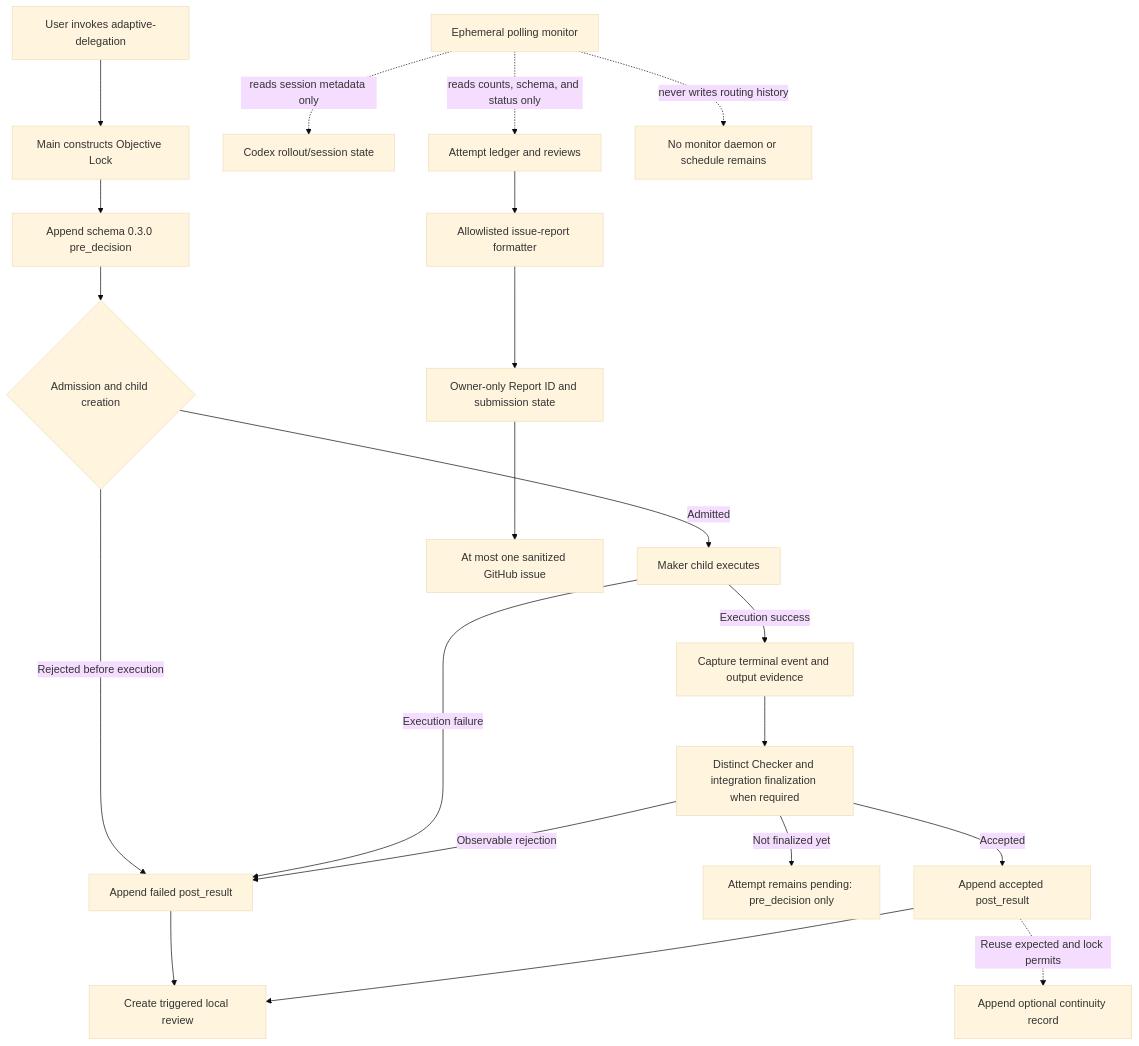
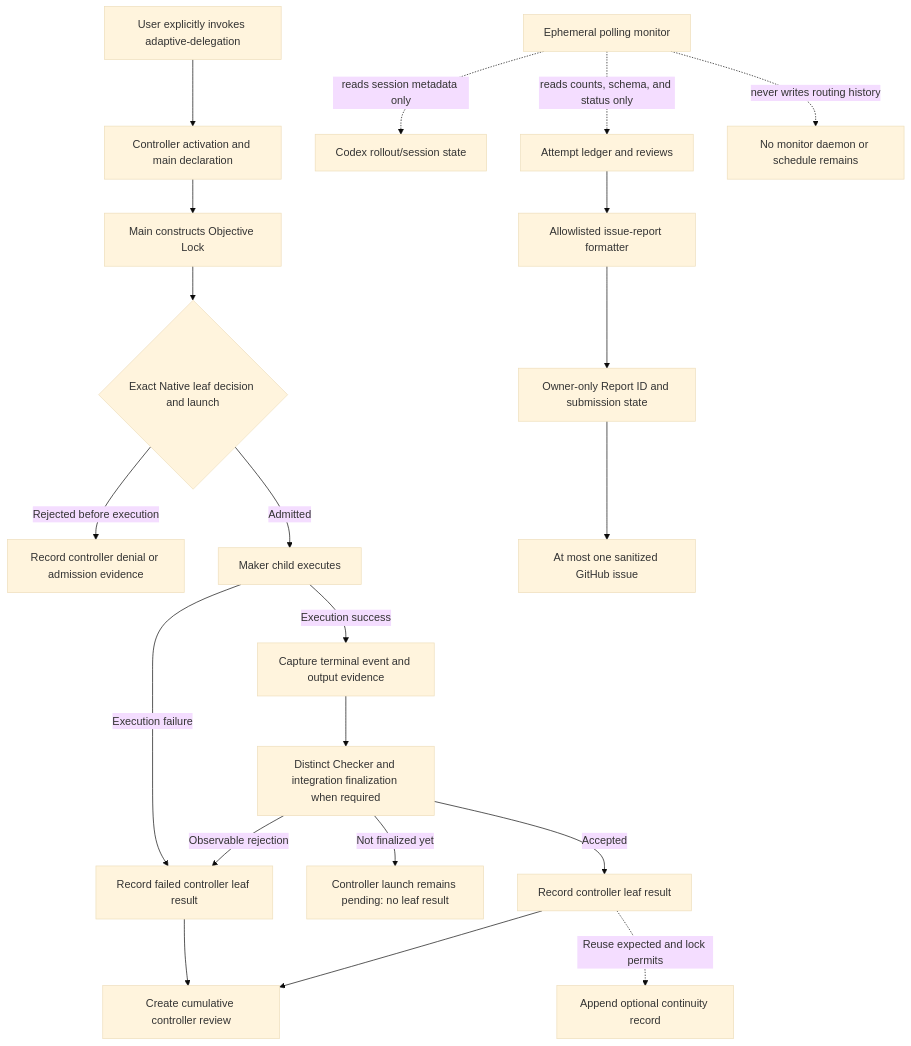
One commit to ai-dev-methodologies/adaptive-delegation changed the diagram in docs/LOCAL-LOGGING-AND-MONITORING.md. Above: the diagram before and after it, drawn with Mermaid (base theme). The commit also changed other lines of this file and 17 other files, not shown here.

First line of the commit message:
feat(routing): enforce controller-only delegation

````diff
--- a/docs/LOCAL-LOGGING-AND-MONITORING.md
+++ b/docs/LOCAL-LOGGING-AND-MONITORING.md
@@ -26,25 +26,25 @@
 ```mermaid
 flowchart TD
-    U[User invokes adaptive-delegation] --> O[Main constructs Objective Lock]
-    O --> P[Append schema 0.3.0 pre_decision]
-    P --> A{Admission and child creation}
-    A -- Rejected before execution --> F[Append failed post_result]
+    U[User explicitly invokes adaptive-delegation] --> K[Controller activation and main declaration]
+    K --> O[Main constructs Objective Lock]
+    O --> A{Exact Native leaf decision and launch}
+    A -- Rejected before execution --> AD[Record controller denial or admission evidence]
     A -- Admitted --> C[Maker child executes]
-    C -- Execution failure --> F
+    C -- Execution failure --> F[Record failed controller leaf result]
     C -- Execution success --> T[Capture terminal event and output evidence]
     T --> I[Distinct Checker and integration finalization when required]
-    I -- Not finalized yet --> N[Attempt remains pending: pre_decision only]
-    I -- Accepted --> S[Append accepted post_result]
+    I -- Not finalized yet --> N[Controller launch remains pending: no leaf result]
+    I -- Accepted --> S[Record controller leaf result]
     I -- Observable rejection --> F
-    F --> R[Create triggered local review]
-    S --> R
+    F --> CR
+    S --> CR[Create cumulative controller review]
     S -. Reuse expected and lock permits .-> Q[Append optional continuity record]
 
     M[Ephemeral polling monitor] -. reads session metadata only .-> H[Codex rollout/session state]
     M -. reads counts, schema, and status only .-> D[Attempt ledger and reviews]
     M -. never writes routing history .-> X[No monitor daemon or schedule remains]
 
     D --> Z[Allowlisted issue-report formatter]
     Z --> J[Owner-only Report ID and submission state]
     J --> G[At most one sanitized GitHub issue]
 ```
````
